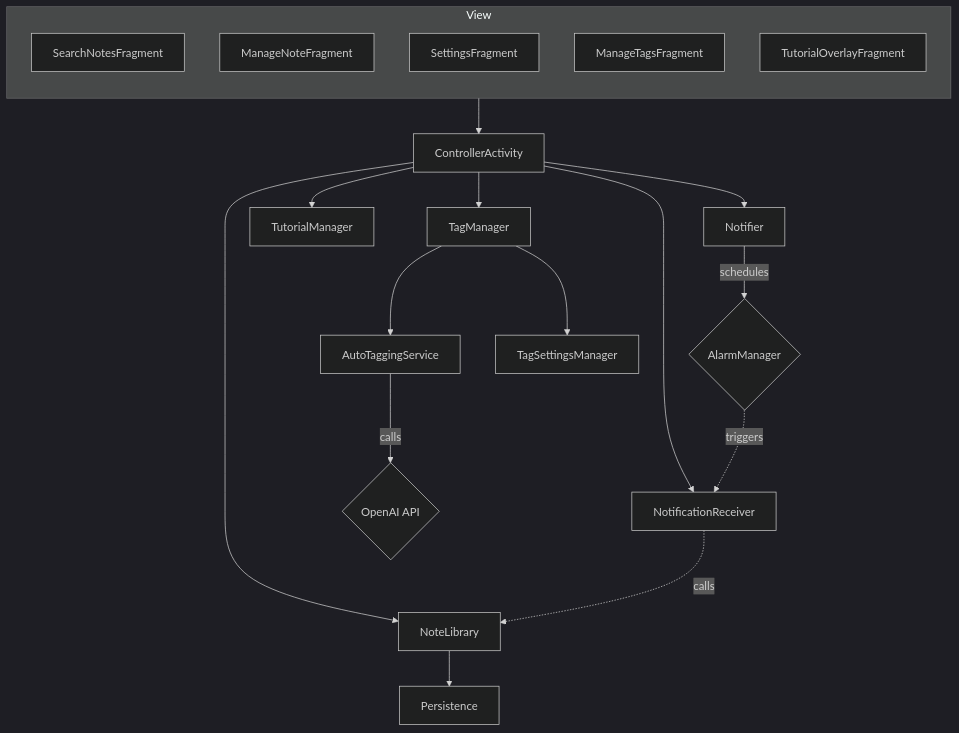
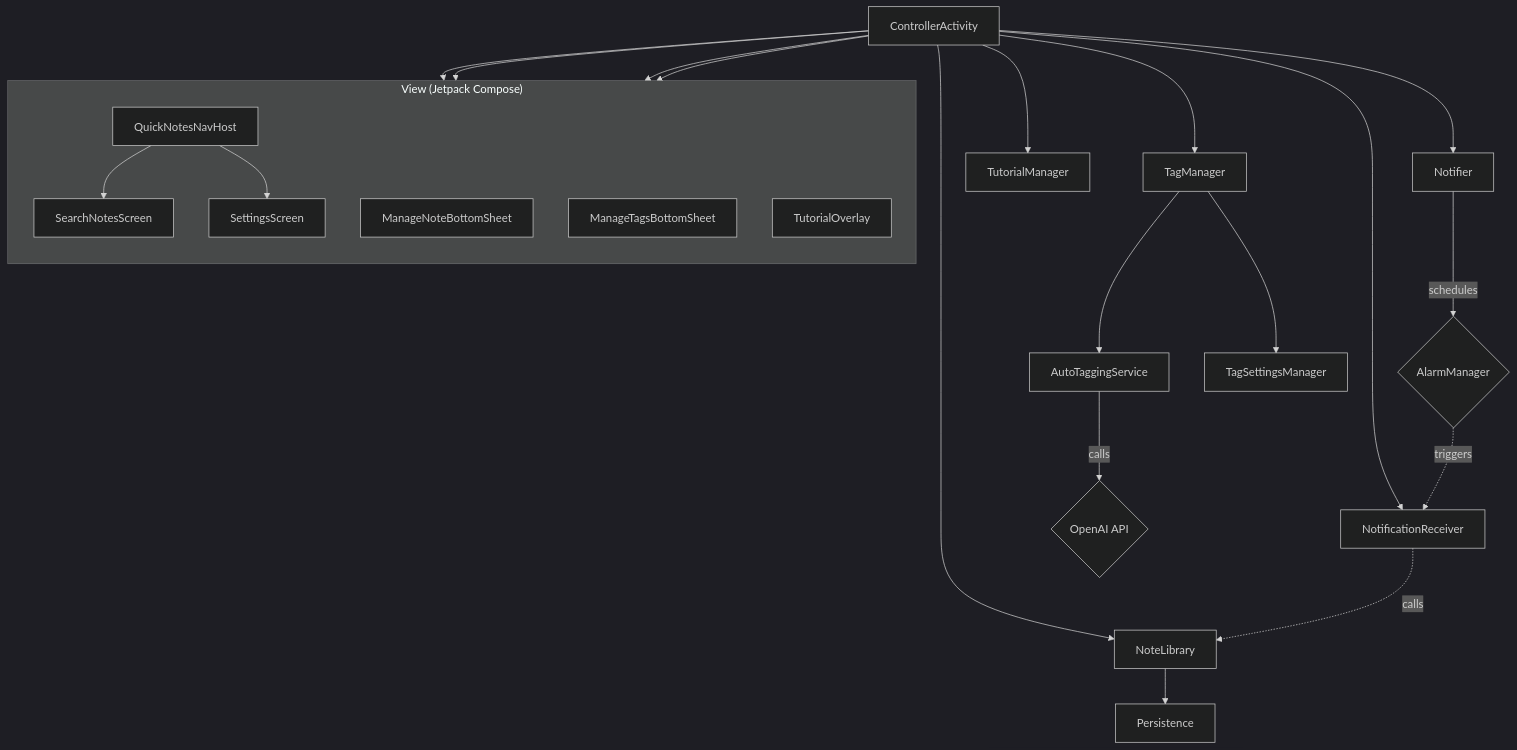
The diagram in docs/architecture/component_interaction.md (patricksmill/QuickNotes), drawn with Mermaid (dark theme) before and after one commit. The commit also changed 26 other files, not shown here.

````diff
--- a/docs/architecture/component_interaction.md
+++ b/docs/architecture/component_interaction.md
@@ -5,35 +5,37 @@
 ```mermaid
 flowchart TB
- subgraph View["View"]
+ subgraph View["View (Jetpack Compose)"]
     direction TB
-        SF["SearchNotesFragment"]
-        MF["ManageNoteFragment"]
-        SETF["SettingsFragment"]
-        TF["ManageTagsFragment"]
-        TOF["TutorialOverlayFragment"]
+        SNS["SearchNotesScreen"]
+        MNS["ManageNoteBottomSheet"]
+        SETS["SettingsScreen"]
+        MTS["ManageTagsBottomSheet"]
+        TO["TutorialOverlay"]
+        NAV["QuickNotesNavHost"]
   end
         CA["ControllerActivity"]
         NR["NotificationReceiver"]
   
         TM["TagManager"]
-        UM["TutorialManager"]
+        TUT["TutorialManager"]
         NOT["Notifier"]
 
         AM{"AlarmManager"}
 
         ATS["AutoTaggingService"]
         TSM["TagSettingsManager"]
 
         NL["NoteLibrary"]
         PERS["Persistence"]
   
-    View --> CA
-    CA --> NR & TM & UM & NOT & NL
+    NAV --> SNS & SETS
+    CA --> NAV & MNS & MTS & TO
+    CA --> NR & TM & TUT & NOT & NL
     TM --> ATS & TSM
     NL --> PERS
     ATS -- calls --> OAI{"OpenAI API"}
     NOT -- schedules --> AM
     AM -. triggers .-> NR
     NR -. calls .-> NL
 
 ```
````
